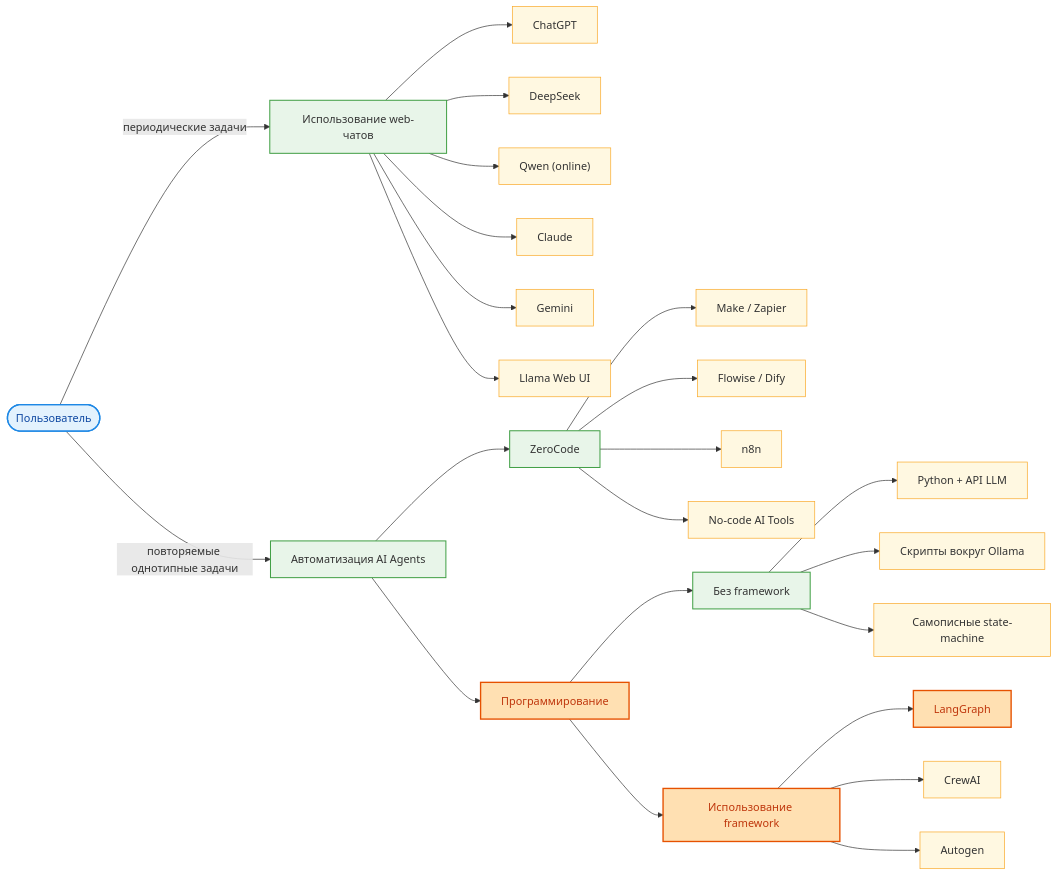
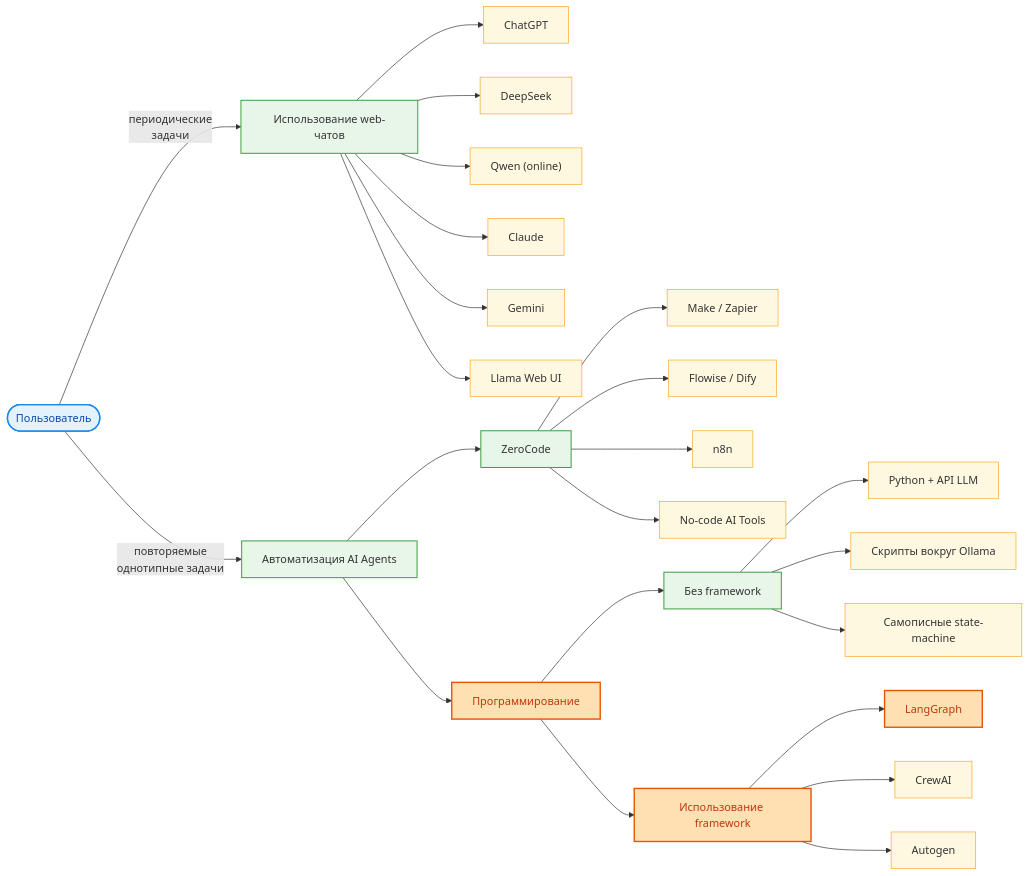
The diagram in roadmap.md (kvoloshenko/LocalMultiAgents_01), drawn with Mermaid before and after one commit. The commit also changed 1 other file, not shown here.

`````diff
--- a/roadmap.md
+++ b/roadmap.md
@@ -4,64 +4,63 @@
 ```mermaid
 flowchart LR
 
     %% === STYLES ===
     classDef main fill:#e3f2fd,stroke:#1e88e5,stroke-width:2px,color:#0d47a1;
     classDef branch fill:#e8f5e9,stroke:#43a047,stroke-width:1.5px;
     classDef tech fill:#fff8e1,stroke:#f9a825;
     classDef current fill:#ffe0b2,stroke:#e65100,stroke-width:2px,color:#bf360c;
 
     %% === Level 0 ===
     U([Пользователь])
 
     %% === Level 1 ===
-    U -- "периодические задачи" --> W["Использование web-чатов"]
-    U -- "повторяемые однотипные задачи" --> A["Автоматизация AI Agents"]
+    U -- "периодические<br/>задачи" --> W["Использование web-чатов"]
+    U -- "повторяемые<br/>однотипные задачи" --> A["Автоматизация AI Agents"]
 
     %% === Level 2A — Web Chats ===
     W --> W1["ChatGPT"]
     W --> W2["DeepSeek"]
     W --> W3["Qwen (online)"]
     W --> W4["Claude"]
     W --> W5["Gemini"]
     W --> W6["Llama Web UI"]
 
     %% === Level 2B — Автоматизация ===
     A --> ZC["ZeroCode"]
     A --> PR["Программирование"]
 
     %% === Level 3A — ZeroCode ===
     ZC --> Z1["Make / Zapier"]
     ZC --> Z2["Flowise / Dify"]
     ZC --> Z3["n8n"]
     ZC --> Z4["No-code AI Tools"]
 
     %% === Level 3B — Programming ===
     PR --> P1["Без framework"]
     PR --> P2["Использование framework"]
 
     %% === Level 4A — Without Framework ===
     P1 --> NF1["Python + API LLM"]
     P1 --> NF2["Скрипты вокруг Ollama"]
     P1 --> NF3["Самописные state-machine"]
 
     %% === Level 4B — Frameworks ===
     P2 --> FG1["LangGraph"]
     P2 --> FG2["CrewAI"]
     P2 --> FG3["Autogen"]
 
     %% === APPLY STYLES ===
     class U main
     class W,A branch
     class ZC,PR branch
     class P1,P2 branch
 
     class W1,W2,W3,W4,W5,W6 tech
     class Z1,Z2,Z3,Z4 tech
     class NF1,NF2,NF3 tech
     class FG1,FG2,FG3 tech
 
     %% Highlight current-focus nodes
     class PR,P2,FG1 current
 
-
 ````
`````
